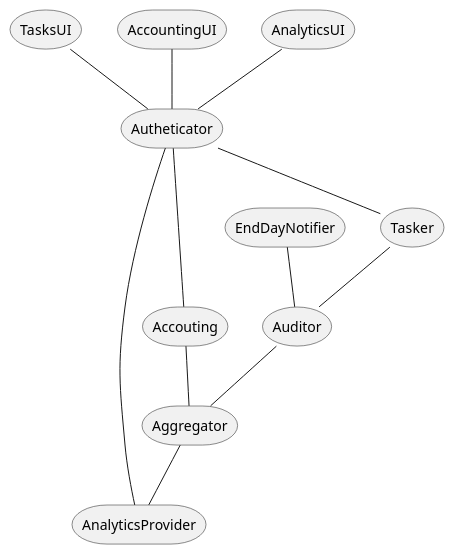
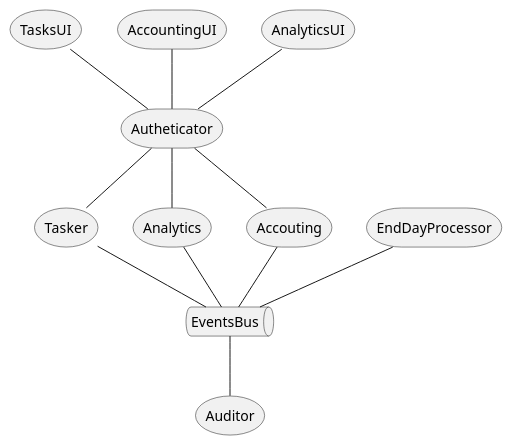
Before and after one commit to ximyro/async_architecture_course: the diagram in diagrams/high_level.plantuml, drawn with PlantUML. The commit also changed 2 other files, not shown here.

```diff
--- a/diagrams/high_level.plantuml
+++ b/diagrams/high_level.plantuml
@@ -1,28 +1,26 @@
 @startuml High-level-architecture
 storage Tasker
-storage AnalyticsProvider
-storage Aggregator
-storage EndDayNotifier
+storage Analytics
+storage EndDayProcessor
 storage Autheticator
 storage Accouting
 storage TasksUI
 storage AccountingUI
 storage Auditor
 storage AnalyticsUI
+queue EventsBus
 
 TasksUI -- Autheticator
 AccountingUI -- Autheticator
 AnalyticsUI -- Autheticator
 
 Autheticator -- Tasker
-Autheticator -- AnalyticsProvider
+Autheticator -- Analytics
 Autheticator -- Accouting
 
-Tasker -- Auditor
-EndDayNotifier -- Auditor
-
-Auditor -- Aggregator
-
-Aggregator -- AnalyticsProvider
-Accouting -- Aggregator
+Tasker -- EventsBus
+EventsBus -- Auditor
+Analytics -- EventsBus
+Accouting -- EventsBus
+EndDayProcessor -- EventsBus
 @enduml
```
